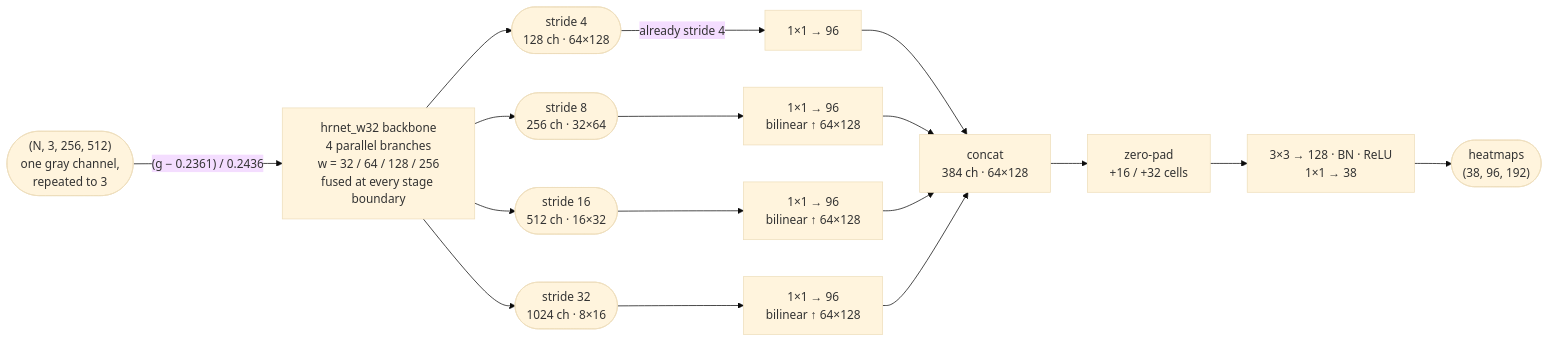
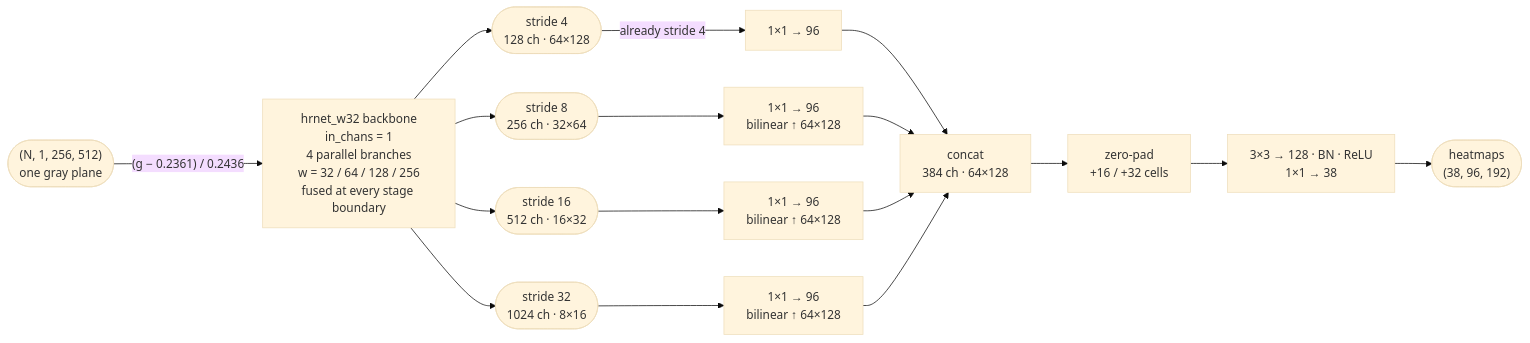
One commit to NeLy-EPFL/deeperfly changed the second of 7 diagrams in docs/explanation/detectors.md. Above: the diagram before and after it, drawn with Mermaid (base theme). The commit also changed other lines of this file and 17 other files, not shown here.

````diff
--- a/docs/explanation/detectors.md
+++ b/docs/explanation/detectors.md
@@ -61,39 +158,39 @@
 ```mermaid
 flowchart LR
-  inp(["(N, 3, 256, 512)<br>one gray channel,<br>repeated to 3"])
-  bb["hrnet_w32 backbone<br>4 parallel branches<br>w = 32 / 64 / 128 / 256<br>fused at every stage boundary"]
+  inp(["(N, 1, 256, 512)<br>one gray plane"])
+  bb["hrnet_w32 backbone<br>in_chans = 1<br>4 parallel branches<br>w = 32 / 64 / 128 / 256<br>fused at every stage boundary"]
 
   inp -->|"(g − 0.2361) / 0.2436"| bb
 
   f4(["stride 4<br>128 ch · 64×128"])
   f8(["stride 8<br>256 ch · 32×64"])
   f16(["stride 16<br>512 ch · 16×32"])
   f32(["stride 32<br>1024 ch · 8×16"])
 
   bb --> f4
   bb --> f8
   bb --> f16
   bb --> f32
 
   t4["1×1 → 96"]
   t8["1×1 → 96<br>bilinear ↑ 64×128"]
   t16["1×1 → 96<br>bilinear ↑ 64×128"]
   t32["1×1 → 96<br>bilinear ↑ 64×128"]
 
   f4 -->|"already stride 4"| t4
   f8 --> t8
   f16 --> t16
   f32 --> t32
 
   cat["concat<br>384 ch · 64×128"]
   t4 --> cat
   t8 --> cat
   t16 --> cat
   t32 --> cat
 
   pad["zero-pad<br>+16 / +32 cells"]
   head["3×3 → 128 · BN · ReLU<br>1×1 → 38"]
   hm(["heatmaps<br>(38, 96, 192)"])
 
   cat --> pad --> head --> hm
 ```
````
